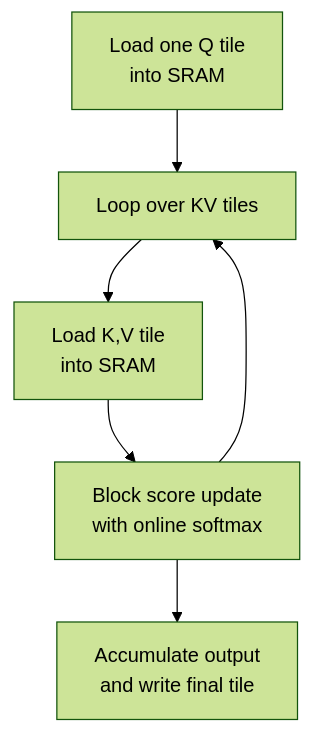
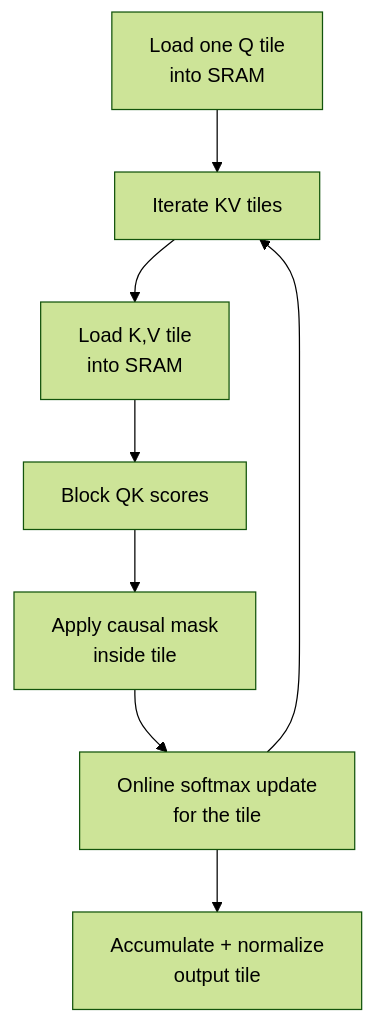
One commit to danilop/micro-gpt-and-beyond changed the diagram in walk-the-code/diagrams/tiled_flash.mmd. Above: the diagram before and after it, drawn with Mermaid (forest theme). The commit also changed 59 other files, not shown here.

Commit message:
Improve lab diagrams and mappings

```diff
--- a/walk-the-code/diagrams/tiled_flash.mmd
+++ b/walk-the-code/diagrams/tiled_flash.mmd
@@ -1,7 +1,9 @@
 graph TD
     t_load[Load one Q tile<br/>into SRAM]
-    t_load --> t_loop[Loop over KV tiles]
+    t_load --> t_loop[Iterate KV tiles]
     t_loop --> t_kv[Load K,V tile<br/>into SRAM]
-    t_kv --> t_compute[Block score update<br/>with online softmax]
-    t_compute --> t_accum[Accumulate output<br/>and write final tile]
+    t_kv --> t_scores[Block QK scores]
+    t_scores --> t_mask[Apply causal mask<br/>inside tile]
+    t_mask --> t_compute[Online softmax update<br/>for the tile]
+    t_compute --> t_accum[Accumulate + normalize<br/>output tile]
     t_compute --> t_loop
```
